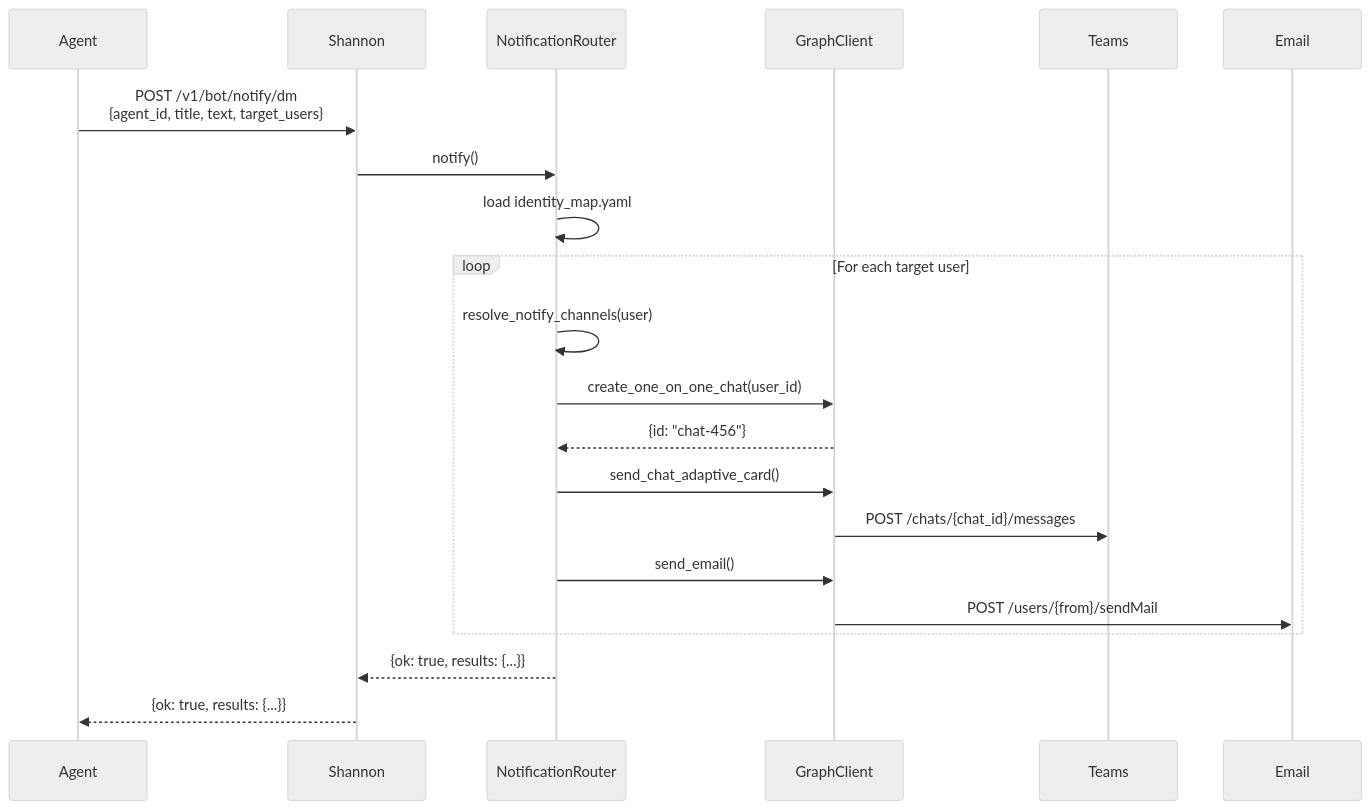
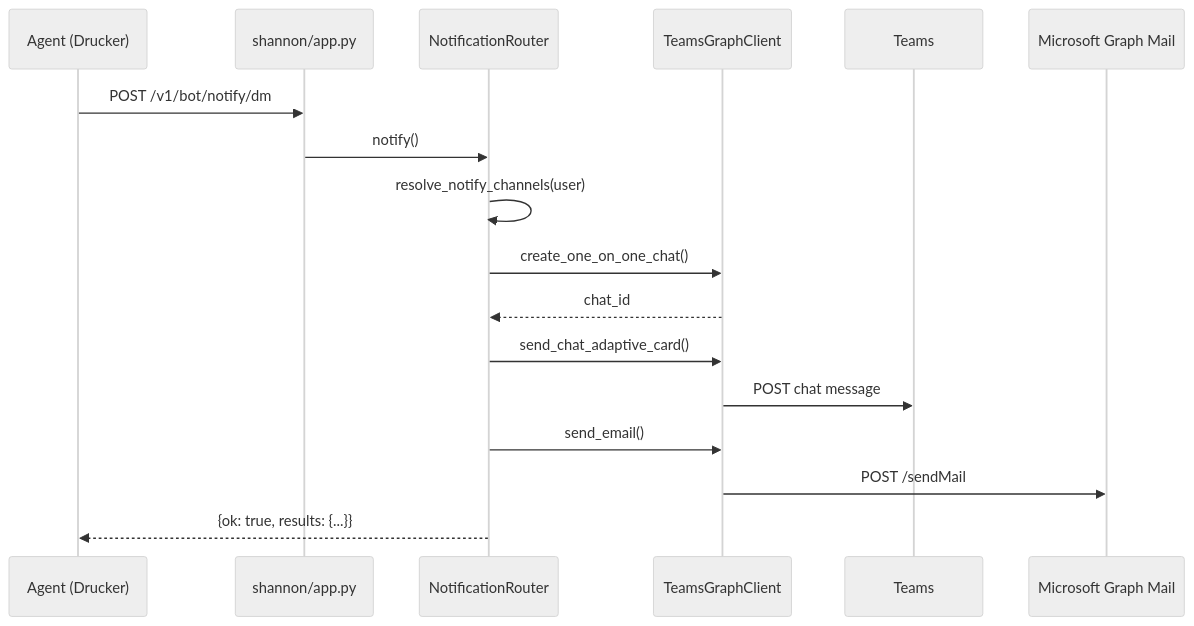
One commit to jmac-cornelis/agent-workforce changed the fourth of 4 diagrams in docs/shannon.md. Above: the diagram before and after it, drawn with Mermaid (neutral theme). The commit also changed other lines of this file and 5 other files, not shown here.

````diff
--- a/docs/shannon.md
+++ b/docs/shannon.md
@@ -107,24 +110,20 @@
 ```mermaid
 sequenceDiagram
-    participant Agent
-    participant Shannon
-    participant NotificationRouter
-    participant GraphClient
+    participant Agent as Agent (Drucker)
+    participant App as shannon/app.py
+    participant Router as NotificationRouter
+    participant GraphClient as TeamsGraphClient
     participant Teams
-    participant Email
+    participant Email as Microsoft Graph Mail
 
-    Agent->>Shannon: POST /v1/bot/notify/dm<br/>{agent_id, title, text, target_users}
-    Shannon->>NotificationRouter: notify()
-    NotificationRouter->>NotificationRouter: load identity_map.yaml
-    loop For each target user
-        NotificationRouter->>NotificationRouter: resolve_notify_channels(user)
-        NotificationRouter->>GraphClient: create_one_on_one_chat(user_id)
-        GraphClient-->>NotificationRouter: {id: "chat-456"}
-        NotificationRouter->>GraphClient: send_chat_adaptive_card()
-        GraphClient->>Teams: POST /chats/{chat_id}/messages
-        NotificationRouter->>GraphClient: send_email()
-        GraphClient->>Email: POST /users/{from}/sendMail
-    end
-    NotificationRouter-->>Shannon: {ok: true, results: {...}}
-    Shannon-->>Agent: {ok: true, results: {...}}
+    Agent->>App: POST /v1/bot/notify/dm
+    App->>Router: notify()
+    Router->>Router: resolve_notify_channels(user)
+    Router->>GraphClient: create_one_on_one_chat()
+    GraphClient-->>Router: chat_id
+    Router->>GraphClient: send_chat_adaptive_card()
+    GraphClient->>Teams: POST chat message
+    Router->>GraphClient: send_email()
+    GraphClient->>Email: POST /sendMail
+    Router-->>Agent: {ok: true, results: {...}}
 ```
````
